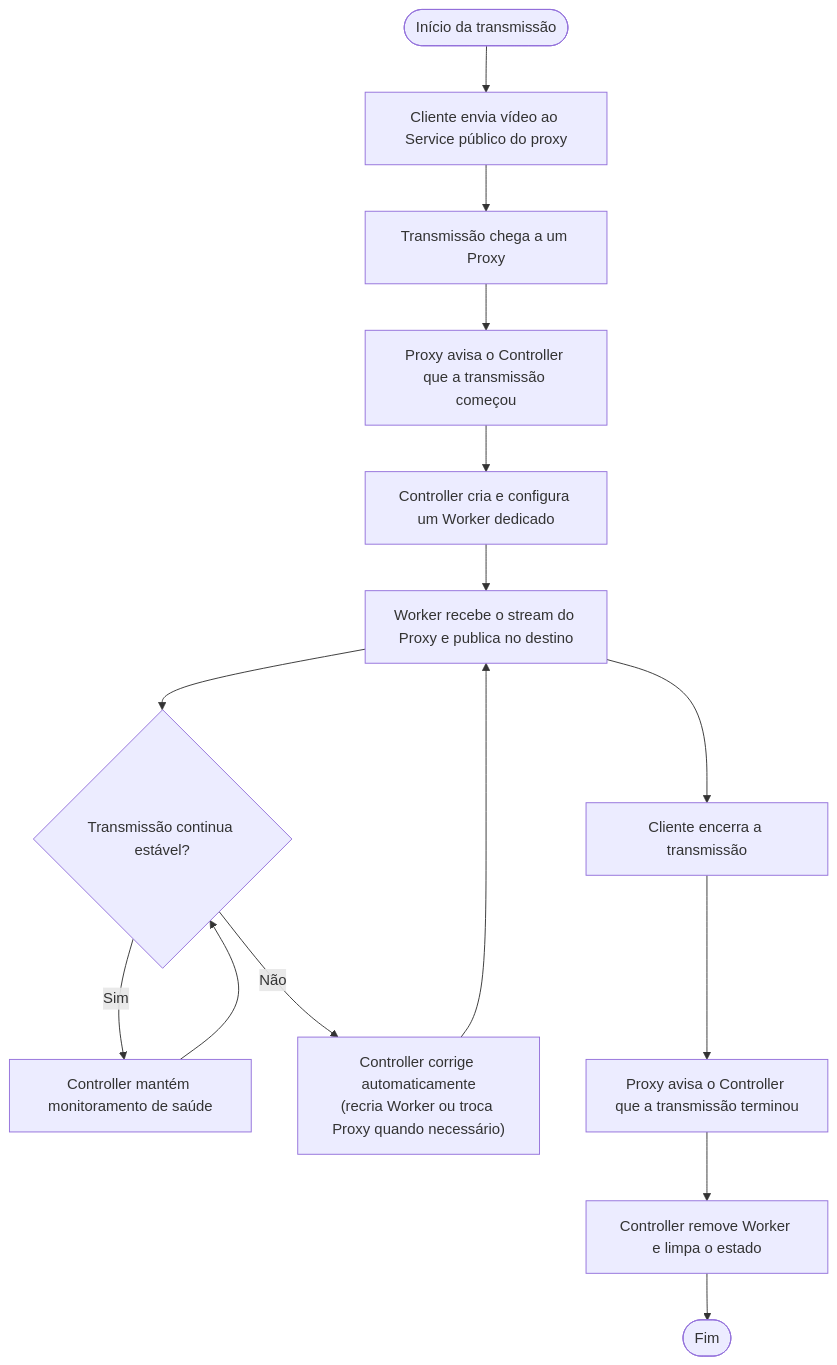
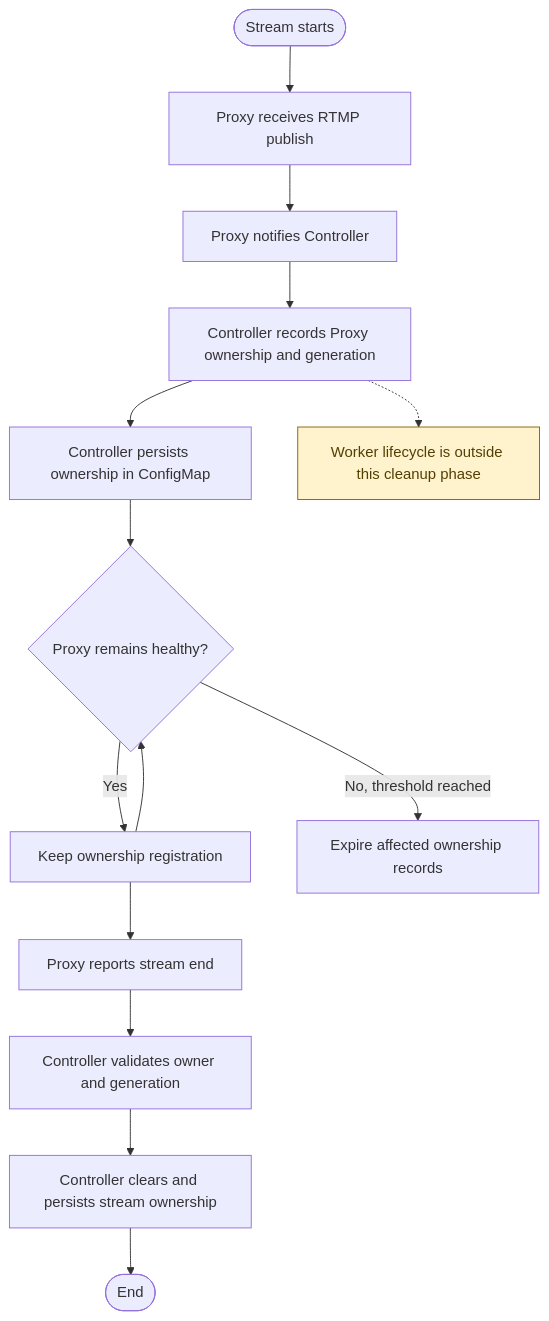
The diagram in diagrams/activity-flow-high-level.mmd (JadsonLucena/LiveEdgeCast), drawn with Mermaid before and after one commit. The commit also changed 7 other files, not shown here.

Commit message:
fix: complete legacy worker cleanup

```diff
--- a/diagrams/activity-flow-high-level.mmd
+++ b/diagrams/activity-flow-high-level.mmd
@@ -1,20 +1,16 @@
 flowchart TD
-    A([Início da transmissão]) --> B[Cliente envia vídeo ao Service público do proxy]
-    B --> C[Transmissão chega a um Proxy]
-    C --> D[Proxy avisa o Controller que a transmissão começou]
-
-    D --> E[Controller cria e configura um Worker dedicado]
-    E --> F[Worker recebe o stream do Proxy e publica no destino]
-
-    F --> G{Transmissão continua estável?}
-    G -->|Sim| H[Controller mantém monitoramento de saúde]
-    H --> G
-
-    G -->|Não| I["Controller corrige automaticamente
-(recria Worker ou troca Proxy quando necessário)"]
-    I --> F
-
-    F --> J[Cliente encerra a transmissão]
-    J --> K[Proxy avisa o Controller que a transmissão terminou]
-    K --> L[Controller remove Worker e limpa o estado]
-    L --> M([Fim])
+    A([Stream starts]) --> B[Proxy receives RTMP publish]
+    B --> C[Proxy notifies Controller]
+    C --> D[Controller records Proxy ownership and generation]
+    D --> E[Controller persists ownership in ConfigMap]
+    E --> F{Proxy remains healthy?}
+    F -->|Yes| G[Keep ownership registration]
+    G --> F
+    F -->|No, threshold reached| H[Expire affected ownership records]
+    G --> I[Proxy reports stream end]
+    I --> J[Controller validates owner and generation]
+    J --> K[Controller clears and persists stream ownership]
+    K --> L([End])
+    M[Worker lifecycle is outside this cleanup phase]:::note
+    D -.-> M
+    classDef note fill:#fff3cd,stroke:#856404,color:#533f03
```
